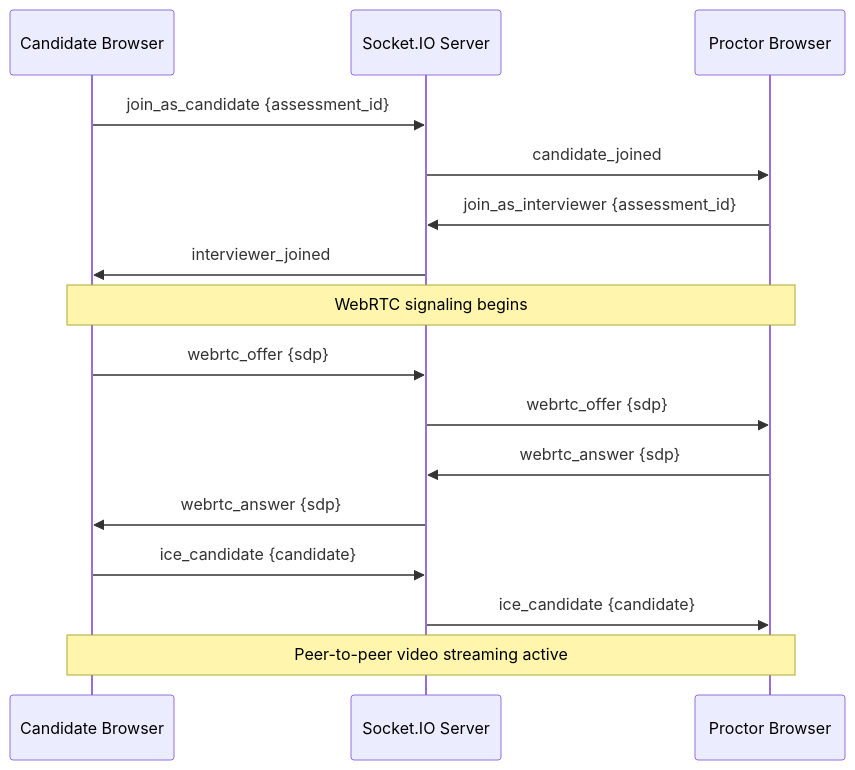
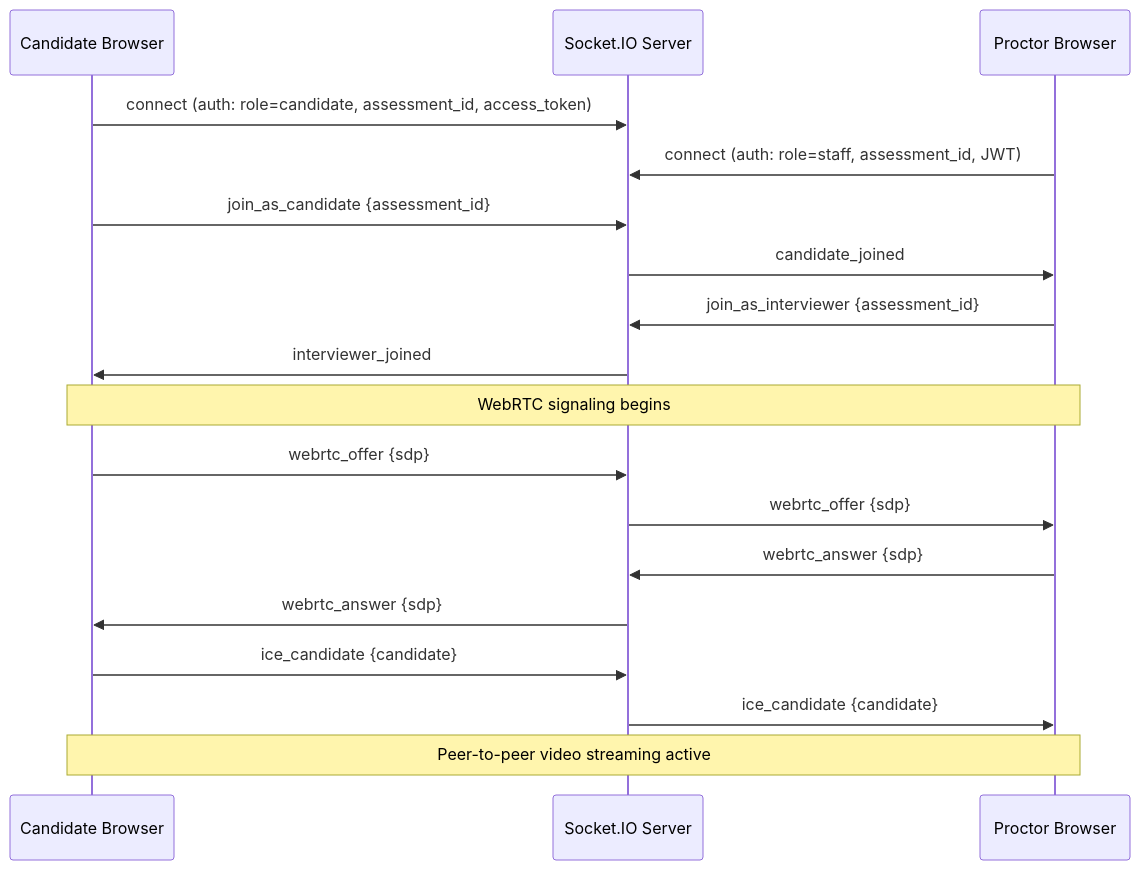
Before and after one commit to Akshat-Tiwari69/HireSense: the second of 3 diagrams in docs/ARCHITECTURE.md, drawn with Mermaid. The commit also changed other lines of this file and 8 other files, not shown here.

````diff
--- a/docs/ARCHITECTURE.md
+++ b/docs/ARCHITECTURE.md
@@ -243,23 +294,25 @@
 ```mermaid
 sequenceDiagram
     participant C as Candidate Browser
     participant S as Socket.IO Server
     participant P as Proctor Browser
 
+    C->>S: connect (auth: role=candidate, assessment_id, access_token)
+    P->>S: connect (auth: role=staff, assessment_id, JWT)
     C->>S: join_as_candidate {assessment_id}
     S->>P: candidate_joined
     P->>S: join_as_interviewer {assessment_id}
     S->>C: interviewer_joined
 
     Note over C,P: WebRTC signaling begins
 
     C->>S: webrtc_offer {sdp}
     S->>P: webrtc_offer {sdp}
     P->>S: webrtc_answer {sdp}
     S->>C: webrtc_answer {sdp}
 
     C->>S: ice_candidate {candidate}
     S->>P: ice_candidate {candidate}
 
     Note over C,P: Peer-to-peer video streaming active
 ```
````
